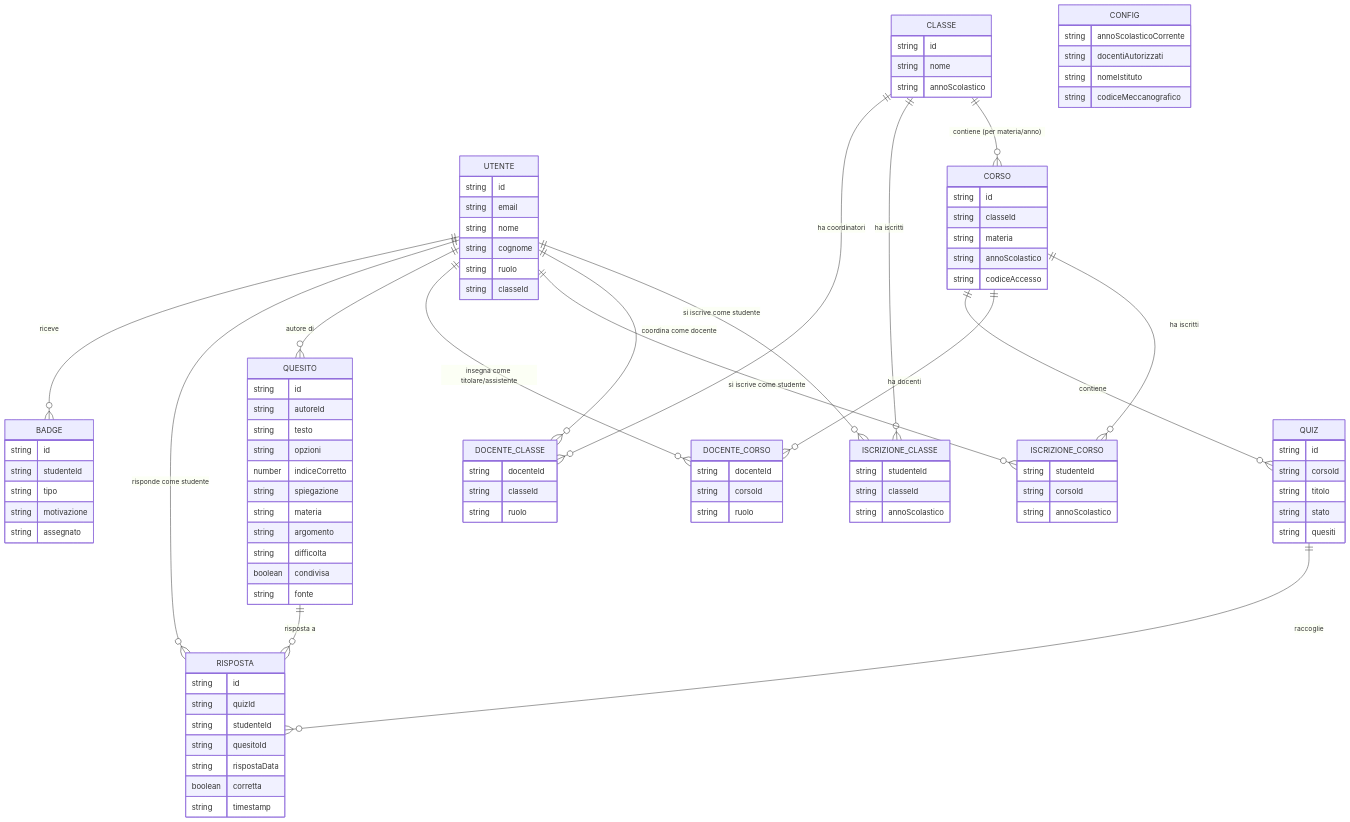
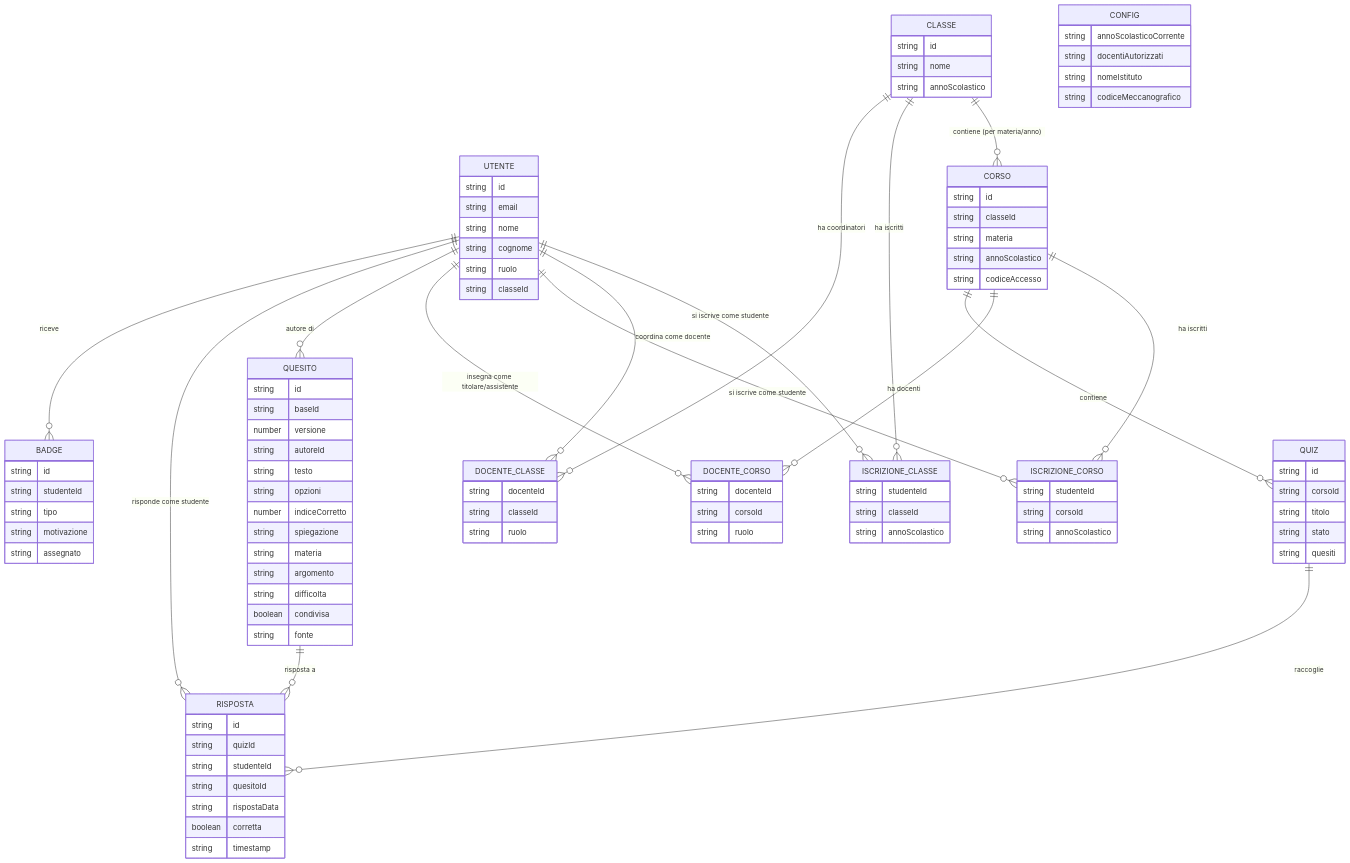
Before and after one commit to trikkulab/isaquiz: the diagram in docs/isaquiz_ERD.md, drawn with Mermaid. The commit also changed other lines of this file and 8 other files, not shown here.

```diff
--- a/docs/isaquiz_ERD.md
+++ b/docs/isaquiz_ERD.md
@@ -61,9 +61,11 @@
         string nomeIstituto
         string codiceMeccanografico
     }
-
+        
     QUESITO {
         string id
+        string baseId
+        number versione
         string autoreId
         string testo
         string opzioni
```
